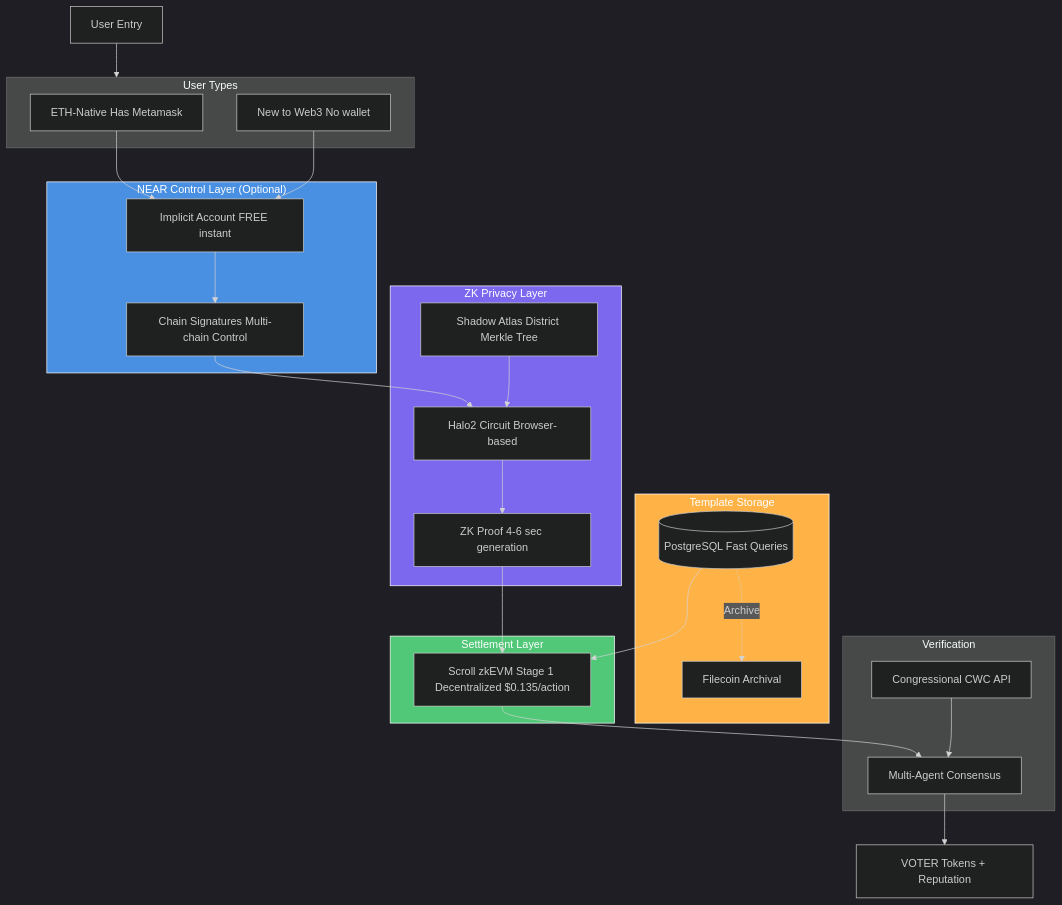
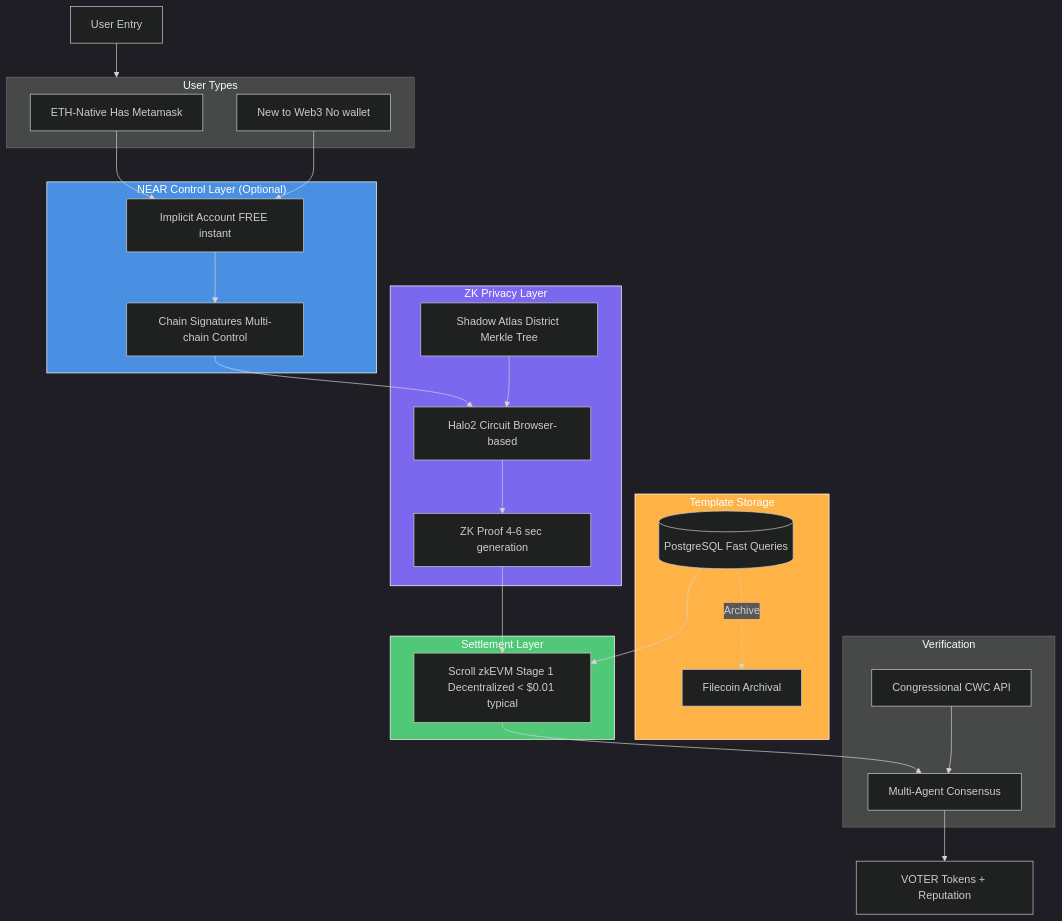
The first of 9 diagrams in ARCHITECTURE.md (communisaas/voter-protocol), drawn with Mermaid before and after one commit. The commit also changed other lines of this file and 65 other files, not shown here.

````diff
--- a/ARCHITECTURE.md
+++ b/ARCHITECTURE.md
@@ -76,59 +76,59 @@
 ```mermaid
 %%{init: {'theme':'dark', 'themeVariables': { 'primaryTextColor':'#fff', 'secondaryTextColor':'#fff', 'tertiaryTextColor':'#fff'}}}%%
 flowchart TB
     User[User Entry]
 
     subgraph Entry["User Types"]
         ETH[ETH-Native Has Metamask]
         New[New to Web3 No wallet]
     end
 
     subgraph NEAR["NEAR Control Layer (Optional)"]
         Account[Implicit Account FREE instant]
         ChainSig[Chain Signatures Multi-chain Control]
     end
 
     subgraph Privacy["ZK Privacy Layer"]
         Atlas[Shadow Atlas District Merkle Tree]
         Circuit[Halo2 Circuit Browser-based]
         Proof[ZK Proof 4-6 sec generation]
     end
 
     subgraph Storage["Template Storage"]
         PG[(PostgreSQL Fast Queries)]
         FC[Filecoin Archival]
     end
 
     subgraph Settlement["Settlement Layer"]
-        Scroll[Scroll zkEVM Stage 1 Decentralized $0.135/action]
+        Scroll[Scroll zkEVM Stage 1 Decentralized < $0.01 typical]
     end
 
     subgraph Verify["Verification"]
         CWC[Congressional CWC API]
         Agents[Multi-Agent Consensus]
     end
 
     User --> Entry
     ETH --> Account
     New --> Account
 
     Account --> ChainSig
     ChainSig --> Circuit
     Atlas --> Circuit
     Circuit --> Proof
 
     Proof --> Scroll
 
     PG --> Scroll
     PG -.Archive.-> FC
 
     Scroll --> Agents
     CWC --> Agents
 
     Agents --> Rewards[VOTER Tokens + Reputation]
 
     style NEAR fill:#4A90E2,stroke:#fff,color:#fff
     style Privacy fill:#7B68EE,stroke:#fff,color:#fff
     style Settlement fill:#50C878,stroke:#fff,color:#fff
     style Storage fill:#FFB347,stroke:#fff,color:#fff
 ```
````
